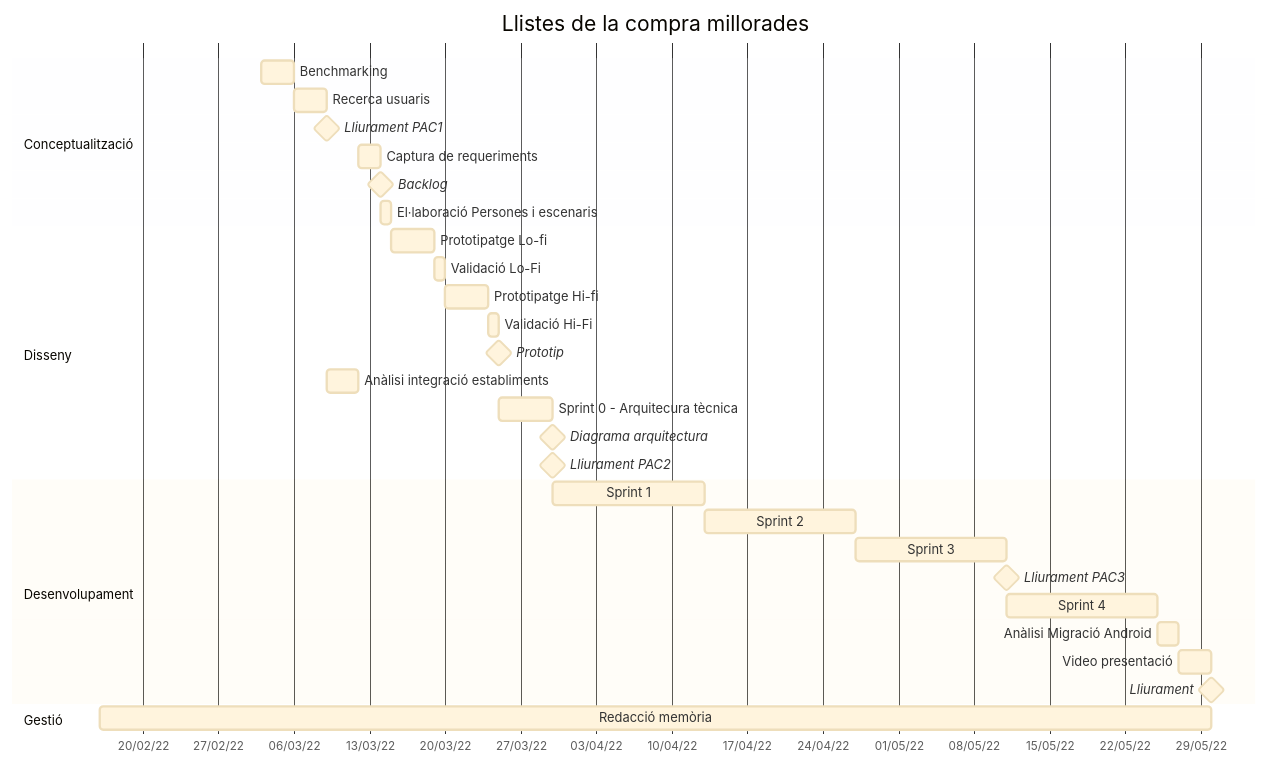
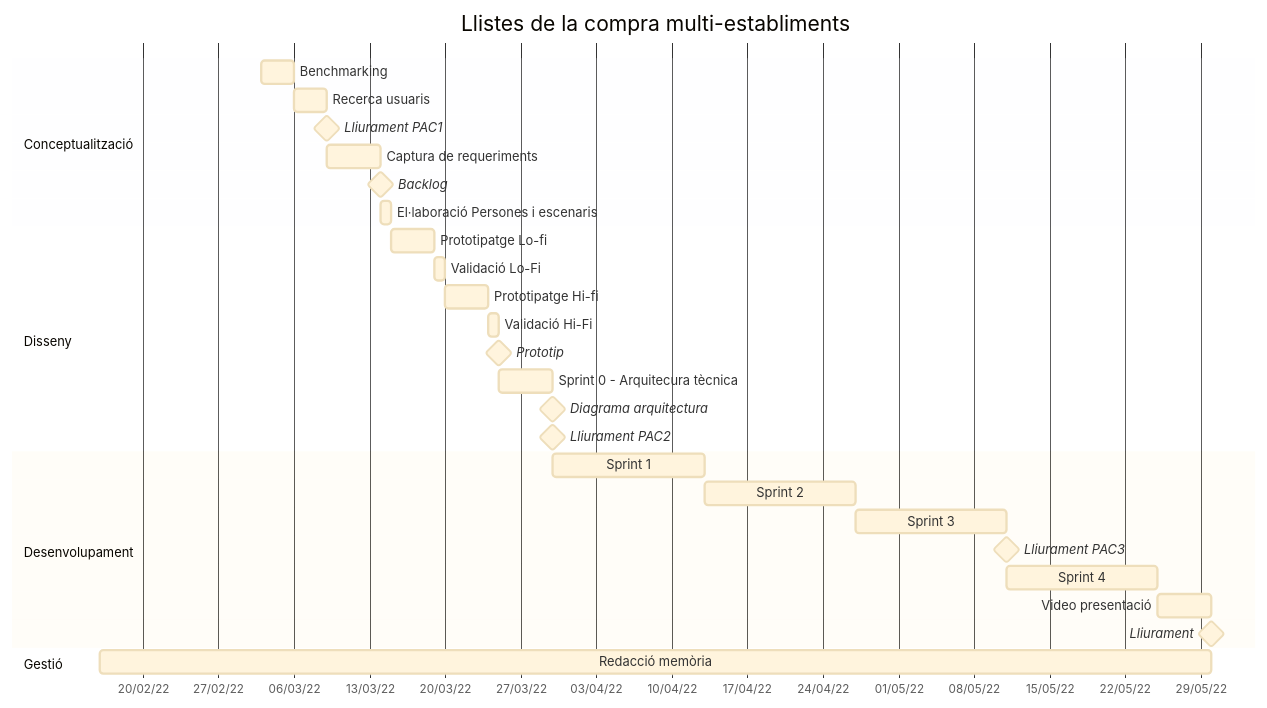
Before and after one commit to xaviaracil/better-shopping-list: the diagram in PLANNING.md, drawn with Mermaid.

````diff
--- a/PLANNING.md
+++ b/PLANNING.md
@@ -1,36 +1,34 @@
 ```mermaid
 %%{init: {'theme':'base'}}%%
 gantt
+todayMarker off
 dateFormat  DD-MM-YYYY
 axisFormat  %d/%m/%y
-todayMarker off
-title Llistes de la compra millorades
+title Llistes de la compra multi-establiments
 section Conceptualització
 Benchmarking: c0, 03-03-2022, 3d
 Recerca usuaris: c1, after c0, 3d
 Lliurament PAC1 : milestone, m1, 09-03-2022, 2min
-Captura de requeriments : c1, after d0, 2d
+Captura de requeriments : c1, after m1, 5d
 Backlog: milestone, backlog, after c1, 2min
 El·laboració Persones i escenaris : c3, after c1, 1d
 section Disseny
 Prototipatge Lo-fi: d1, after c3, 4d
 Validació Lo-Fi: d2, after d1, 1d
 Prototipatge Hi-fi: d3, after d2, 4d
 Validació Hi-Fi: d4, after d3, 1d
 Prototip: milestone, prototip, after d4, 2min
-Anàlisi integració establiments : d0, after m1, 3d
 Sprint 0 - Arquitecura tècnica : d5, after d4, 5d
 Diagrama arquitectura: milestone, arch, after d5, 2min
 Lliurament PAC2 : milestone, m2, 30-03-2022, 2min
 section Desenvolupament
 Sprint 1: devel1, after m2, 14d
 Sprint 2: devel2, after devel1, 14d
 Sprint 3: devel3, after devel2, 14d
 Lliurament PAC3 : milestone, m3, 11-05-2022, 2min
 Sprint 4: devel4, after m3, 14d
-Anàlisi Migració Android : migracio, after devel4, 2d
-Video presentació : video, after migracio, 3d
+Video presentació : video, after devel4, 5d
 Lliurament : milestone, mFinal, 30-05-2022, 2min
 section Gestió
 Redacció memòria: memoria, 16-02-2022, 30-05-2022
 ```
````
